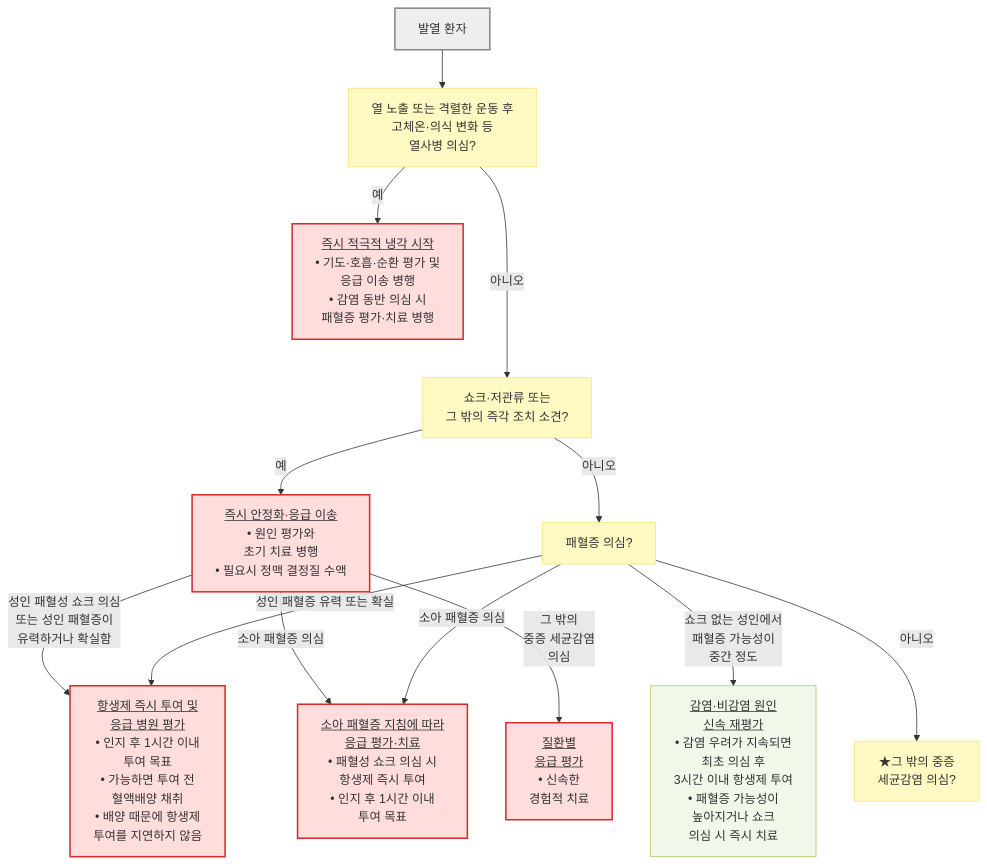
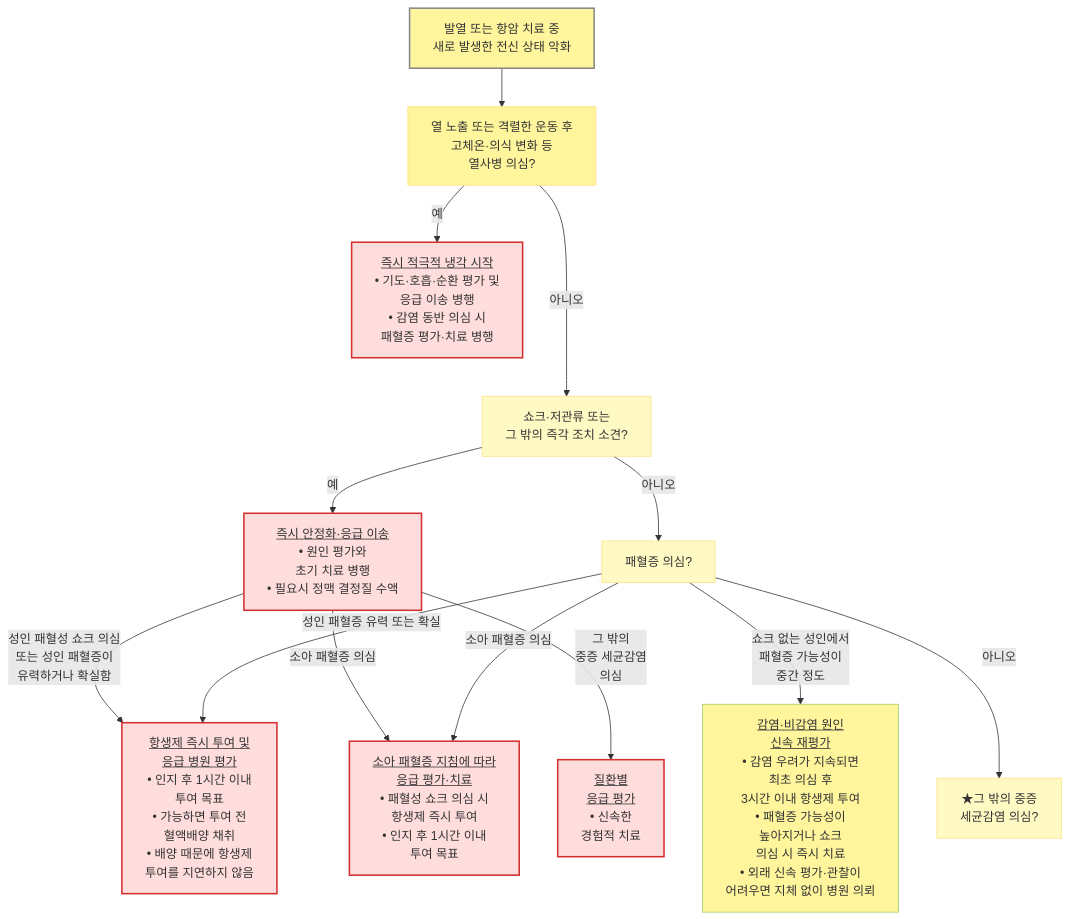
Before and after one commit to familyoh77/familyoh77: the second of 3 diagrams in 220_/011_-fever.md, drawn with Mermaid. The commit also changed other lines of this file and 6 other files, not shown here.

````diff
--- a/220_/011_-fever.md
+++ b/220_/011_-fever.md
@@ -350,23 +356,26 @@
 ```mermaid
 flowchart TD
-    A["발열 환자"] --> D["열 노출 또는 격렬한 운동 후<br/>고체온·의식 변화 등 <br/>열사병 의심?"]
+    A["발열 또는 항암 치료 중<br/>새로 발생한 전신 상태 악화"] --> D["열 노출 또는 격렬한 운동 후<br/>고체온·의식 변화 등 <br/>열사병 의심?"]
     D -- "예" --> E["<u>즉시 적극적 냉각 시작</u><br/>• 기도·호흡·순환 평가 및 <br/>응급 이송 병행<br/>• 감염 동반 의심 시 <br/>패혈증 평가·치료 병행"]
     D -- "아니오" ---> B["쇼크·저관류 또는 <br/>그 밖의 즉각 조치 소견?"]
     B -- "예" --> C["<u>즉시 안정화·응급 이송</u><br/>• 원인 평가와 <br/>초기 치료 병행<br/>• 필요시 정맥 결정질 수액"]
     C -- "성인 패혈성 쇼크 의심<br/>또는 성인 패혈증이 <br/>유력하거나 확실함" --> SP
     C -- "소아 패혈증 의심" --> P
     C -- "그 밖의 <br/>중증 세균감염 <br/>의심" --> Q["<u>질환별 <br/>응급 평가</u><br/>• 신속한 <br/>경험적 치료"]
     B -- "아니오" --> S["패혈증 의심?"]
     S -- "성인 패혈증 유력 또는 확실" --> SP["<u>항생제 즉시 투여 및 <br/>응급 병원 평가</u><br/>• 인지 후 1시간 이내 <br/>투여 목표<br/>• 가능하면 투여 전<br/> 혈액배양 채취<br/>• 배양 때문에 항생제 <br/>투여를 지연하지 않음"]
-    S -- "쇼크 없는 성인에서<br/>패혈증 가능성이 <br/>중간 정도" --> R["<u>감염·비감염 원인 <br/>신속 재평가</u><br/>• 감염 우려가 지속되면<br/> 최초 의심 후<br/>3시간 이내 항생제 투여<br/>• 패혈증 가능성이 <br/>높아지거나 쇼크 <br/>의심 시 즉시 치료"]
+    S -- "쇼크 없는 성인에서<br/>패혈증 가능성이 <br/>중간 정도" --> R["<u>감염·비감염 원인 <br/>신속 재평가</u><br/>• 감염 우려가 지속되면<br/> 최초 의심 후<br/>3시간 이내 항생제 투여<br/>• 패혈증 가능성이 <br/>높아지거나 쇼크 <br/>의심 시 즉시 치료<br/>• 외래 신속 평가·관찰이<br/>어려우면 지체 없이 병원 의뢰"]
     S -- "소아 패혈증 의심" --> P["<u>소아 패혈증 지침에 따라 <br/>응급 평가·치료</u><br/>• 패혈성 쇼크 의심 시 <br/>항생제 즉시 투여<br/>• 인지 후 1시간 이내 <br/>투여 목표"]
     S -- "아니오" --> T["★그 밖의 중증 <br/>세균감염 의심?"]
     classDef start fill:#eeeeee,stroke:#888888,stroke-width:2px
     classDef question fill:#fff9c4,stroke:#ffe082
     classDef emergency fill:#ffdddd,stroke:#d32f2f,stroke-width:2px
     classDef evaluation fill:#f1f8e9,stroke:#9ccc65
     class A start
     class B,D,S,T question
     class C,E,SP,P,Q emergency
     class R evaluation
+    style A fill:#fff59d
+    style D fill:#fff59d
+    style R fill:#fff59d
 ```
````
